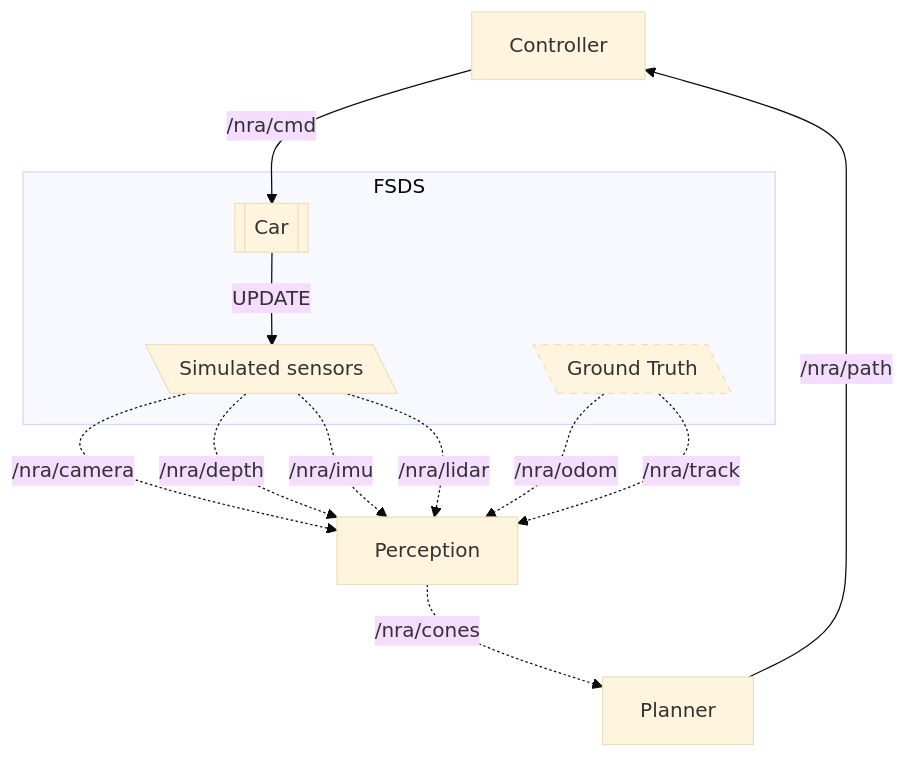
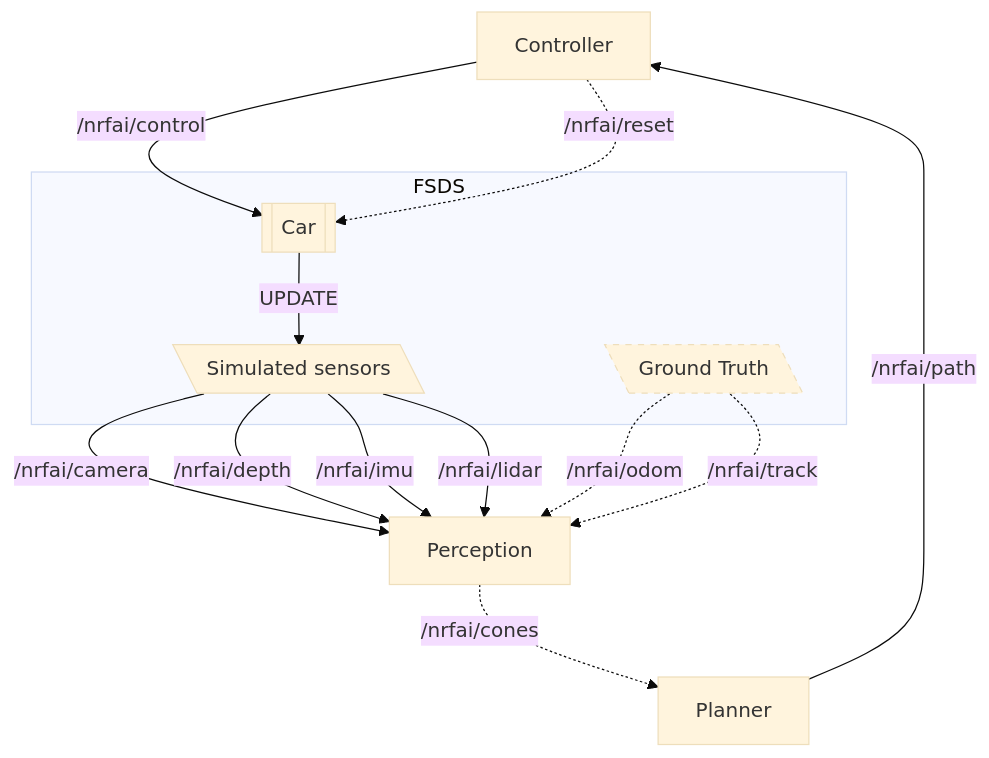
Before and after one commit to NewcastleRacingAI/eufs_sim: the second of 2 diagrams in README.md, drawn with Mermaid (base theme). The commit also changed other lines of this file and 8 other files, not shown here.

````diff
--- a/README.md
+++ b/README.md
@@ -115,26 +115,27 @@
 ```mermaid
 flowchart TD
     c[Controller]
     p[Perception]
     pl[Planner]
 
     subgraph FSDS
         ss[\Simulated sensors\]
         gt[\Ground Truth\]:::gt
         v[[Car]]
     end
 
-    ss -. /nra/camera .-> p
-    ss -. /nra/depth .-> p
-    ss -. /nra/imu .-> p
-    ss -. /nra/lidar .-> p
-    gt -. /nra/odom .-> p
-    gt -. /nra/track .-> p
-    p -. /nra/cones .-> pl
-    pl -- /nra/path --> c
-    c -- /nra/cmd --> v
+    ss -- /nrfai/camera --> p
+    ss -- /nrfai/depth --> p
+    ss -- /nrfai/imu --> p
+    ss -- /nrfai/lidar --> p
+    gt -. /nrfai/odom .-> p
+    gt -. /nrfai/track .-> p
+    p -. /nrfai/cones .-> pl
+    pl -- /nrfai/path --> c
+    c -- /nrfai/control --> v
+    c -. /nrfai/reset .-> v
 
     v -- UPDATE --> ss
 
 classDef gt stroke-dasharray: 5px, 5px;
 ```
````
